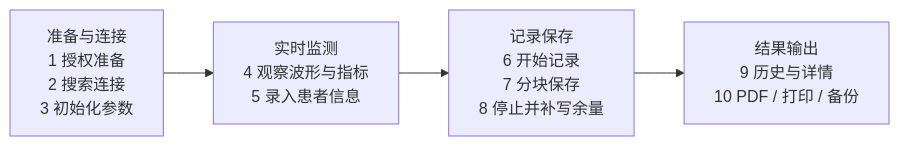
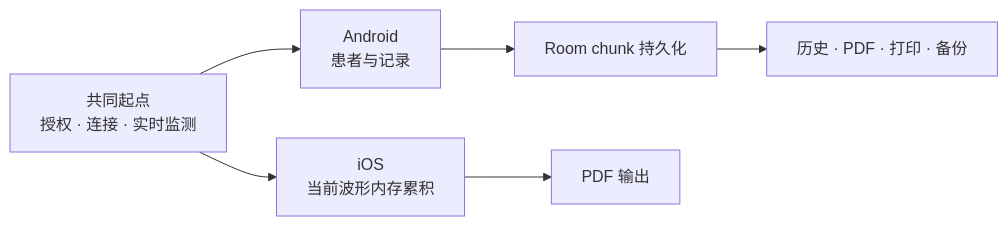
The second of 4 diagrams in docs/guide/visual-overview.md (weisiwu/Capnograph), drawn with Mermaid before and after one commit. The commit also changed other lines of this file and 24 other files, not shown here.

````diff
--- a/docs/guide/visual-overview.md
+++ b/docs/guide/visual-overview.md
@@ -57,11 +56,12 @@
 ```mermaid
 flowchart LR
-    accTitle: 一次完整监测业务旅程
-    accDescr: 操作者完成授权、连接、确认状态、录入患者信息、开始监测记录、停止记录，最后查看、导出或打印结果。
+    accTitle: Android 与 iOS 的监测业务分支
+    accDescr: 两端都经过授权、连接和实时监测。Android 进入患者记录、Room 分块持久化、历史和多种输出；iOS 将当前波形保留在内存中并导出 PDF。
 
-    A["准备与连接<br/>1 授权准备<br/>2 搜索连接<br/>3 初始化参数"]
-    B["实时监测<br/>4 观察波形与指标<br/>5 录入患者信息"]
-    C["记录保存<br/>6 开始记录<br/>7 分块保存<br/>8 停止并补写余量"]
-    D["结果输出<br/>9 历史与详情<br/>10 PDF / 打印 / 备份"]
-    A --> B --> C --> D
+    Common["共同起点<br/>授权 · 连接 · 实时监测"]
+    Common --> AndroidRecord["Android<br/>患者与记录"]
+    AndroidRecord --> RoomRecord["Room chunk 持久化"]
+    RoomRecord --> AndroidOutput["历史 · PDF · 打印 · 备份"]
+    Common --> IOSRecord["iOS<br/>当前波形内存累积"]
+    IOSRecord --> IOSOutput["PDF 输出"]
 ```
````
